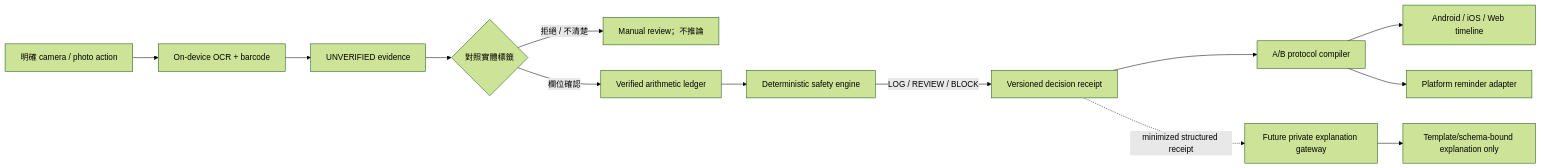
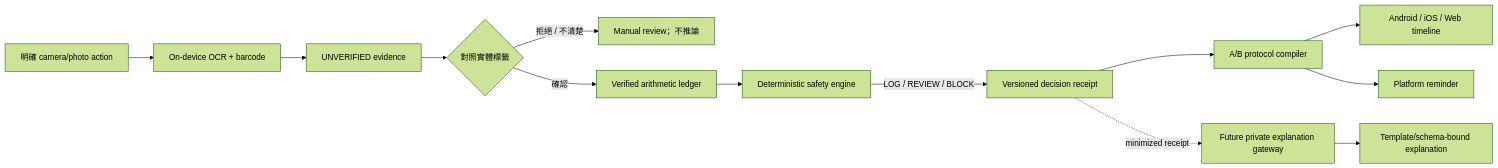
One commit to ed3c/gym-come-true changed the first of 4 diagrams in README.zh-TW.md. Above: the diagram before and after it, drawn with Mermaid (forest theme). The commit also changed other lines of this file and 4 other files, not shown here.

````diff
--- a/README.zh-TW.md
+++ b/README.zh-TW.md
@@ -99,15 +97,15 @@
 ```mermaid
 flowchart LR
-    Capture[明確 camera / photo action] --> OCR[On-device OCR + barcode]
+    Capture[明確 camera/photo action] --> OCR[On-device OCR + barcode]
     OCR --> Candidate[UNVERIFIED evidence]
     Candidate --> Confirm{對照實體標籤}
     Confirm -->|拒絕 / 不清楚| Review[Manual review；不推論]
-    Confirm -->|欄位確認| Ledger[Verified arithmetic ledger]
+    Confirm -->|確認| Ledger[Verified arithmetic ledger]
     Ledger --> Safety[Deterministic safety engine]
     Safety -->|LOG / REVIEW / BLOCK| Receipt[Versioned decision receipt]
     Receipt --> Protocol[A/B protocol compiler]
     Protocol --> UI[Android / iOS / Web timeline]
-    Protocol --> Reminder[Platform reminder adapter]
-    Receipt -. minimized structured receipt .-> Gateway[Future private explanation gateway]
-    Gateway --> Explain[Template/schema-bound explanation only]
+    Protocol --> Reminder[Platform reminder]
+    Receipt -. minimized receipt .-> Gateway[Future private explanation gateway]
+    Gateway --> Explain[Template/schema-bound explanation]
 ```
````
